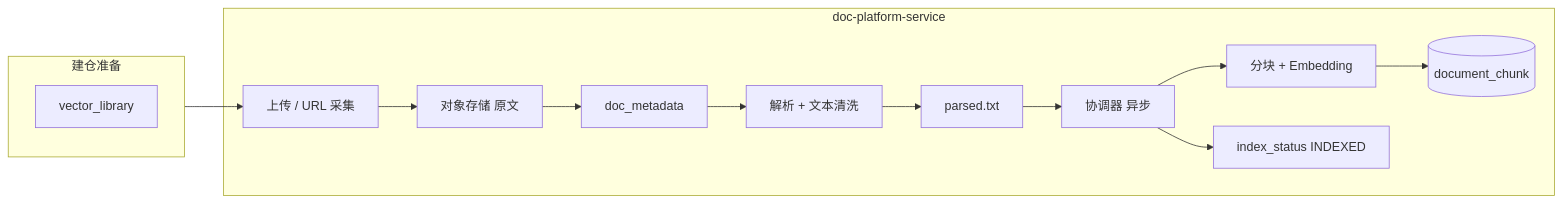
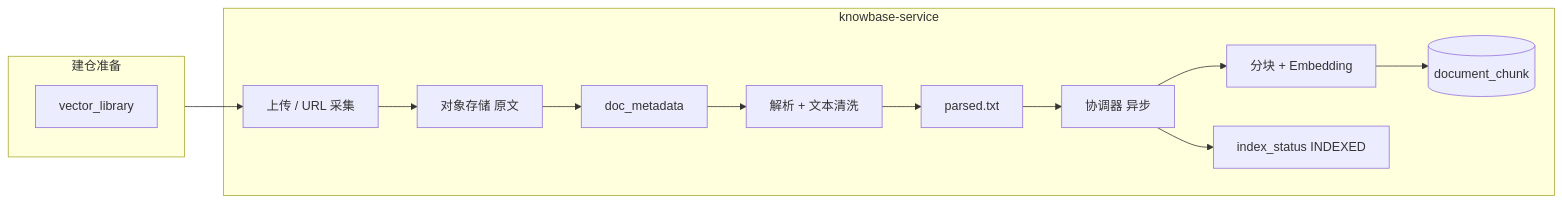
One commit to ch-dpf/doc-platform changed the diagram in README.md. Above: the diagram before and after it, drawn with Mermaid. The commit also changed other lines of this file and 178 other files, not shown here.

````diff
--- a/README.md
+++ b/README.md
@@ -51,17 +90,17 @@
 ```mermaid
 flowchart LR
     subgraph prep["建仓准备"]
         L[vector_library]
     end
-    subgraph app["doc-platform-service"]
+    subgraph app["knowbase-service"]
         A[上传 / URL 采集] --> B[对象存储 原文]
         B --> C[doc_metadata]
         C --> D[解析 + 文本清洗]
         D --> E[parsed.txt]
         E --> F[协调器 异步]
         F --> G[分块 + Embedding]
         G --> H[(document_chunk)]
         F --> I[index_status INDEXED]
     end
     prep --> A
 ```
````
